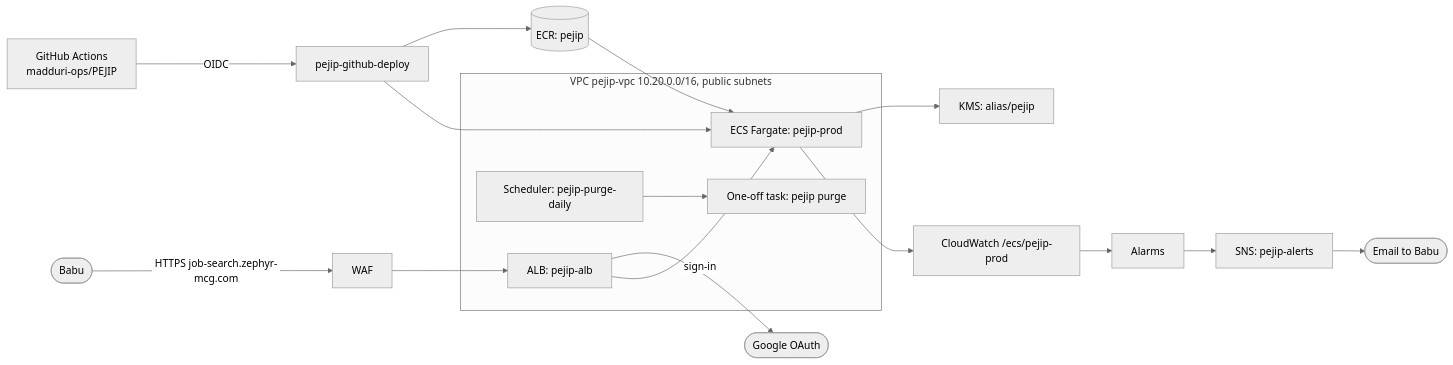
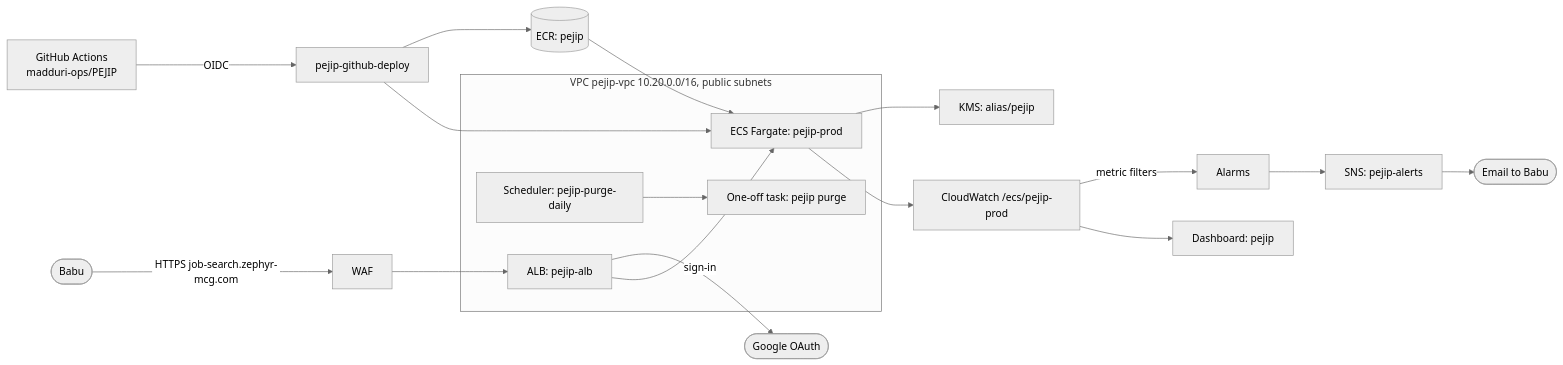
Before and after one commit to madduri-ops/PEJIP: the second of 2 diagrams in docs/architecture/overview.md, drawn with Mermaid (neutral theme). The commit also changed other lines of this file and 12 other files, not shown here.

First line of the commit message:
Email alerts for failed searches and errors, plus a monitoring dashboard (#36)

````diff
--- a/docs/architecture/overview.md
+++ b/docs/architecture/overview.md
@@ -72,16 +73,17 @@
 ```mermaid
 flowchart LR
     gh[GitHub Actions<br/>madduri-ops/PEJIP] -- OIDC --> role[pejip-github-deploy]
     role --> ecr[(ECR: pejip)]
     role --> svc
     user([Babu]) -- HTTPS job-search.zephyr-mcg.com --> waf[WAF] --> alb[ALB: pejip-alb]
     alb -- sign-in --> google([Google OAuth])
     subgraph vpc[VPC pejip-vpc 10.20.0.0/16, public subnets]
         alb --> svc[ECS Fargate: pejip-prod]
         sched[Scheduler: pejip-purge-daily] --> purge[One-off task: pejip purge]
     end
     ecr --> svc
     svc --> kms[KMS: alias/pejip]
     svc --> logs[CloudWatch /ecs/pejip-prod]
-    logs --> alarms[Alarms] --> sns[SNS: pejip-alerts] --> mail([Email to Babu])
+    logs -- metric filters --> alarms[Alarms] --> sns[SNS: pejip-alerts] --> mail([Email to Babu])
+    logs --> dash[Dashboard: pejip]
 ```
````
